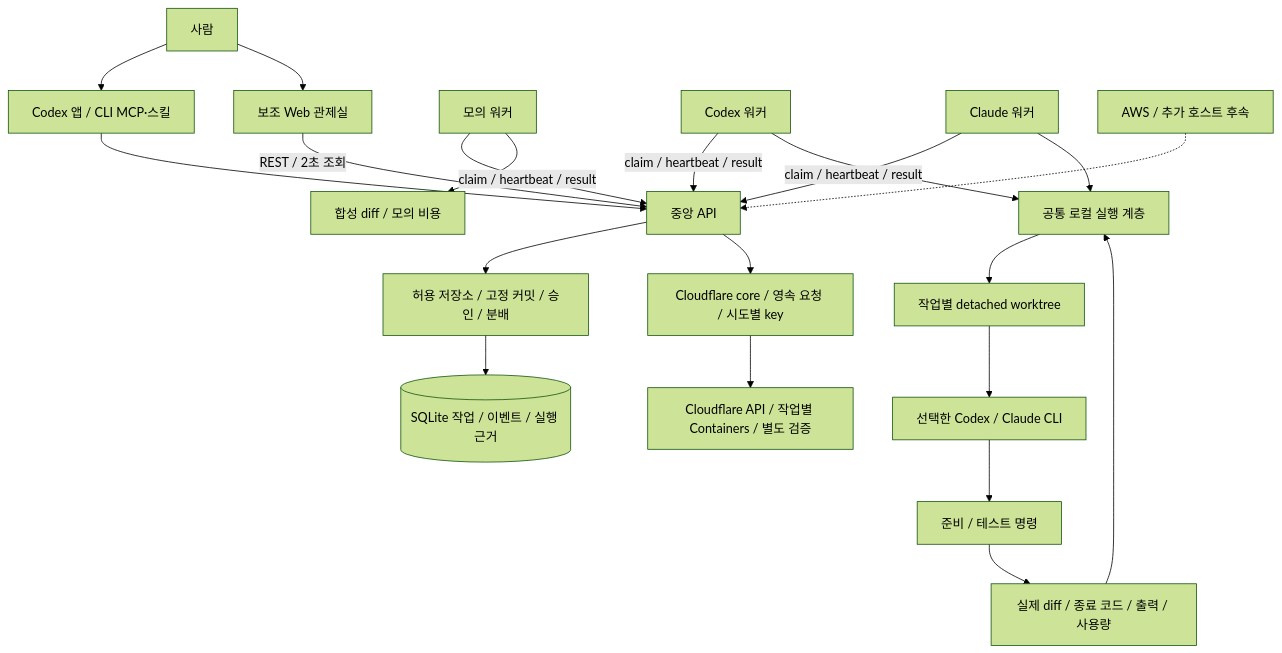
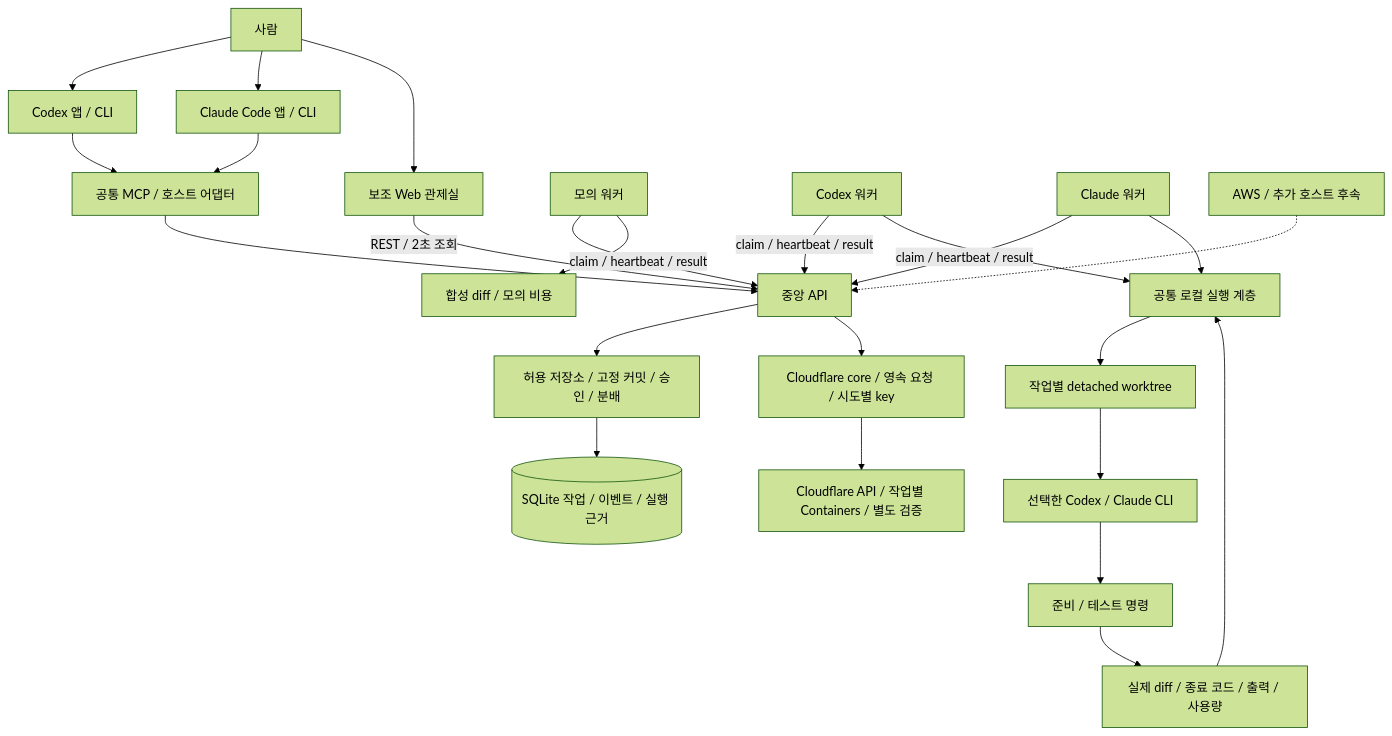
One commit to roboco-io/project-hivemind changed the first of 2 diagrams in docs/architecture.md. Above: the diagram before and after it, drawn with Mermaid (forest theme). The commit also changed other lines of this file and 5 other files, not shown here.

Commit message:
docs: define first-class Codex and Claude Code app and CLI support

````diff
--- a/docs/architecture.md
+++ b/docs/architecture.md
@@ -11,23 +13,26 @@
 ```mermaid
 flowchart TB
-    Human[사람] --> Codex[Codex 앱 / CLI MCP·스킬]
-    Codex --> API
+    Human[사람] --> Codex[Codex 앱 / CLI]
+    Human --> Claude[Claude Code 앱 / CLI]
+    Codex --> MCP[공통 MCP / 호스트 어댑터]
+    Claude --> MCP
+    MCP --> API
     Human --> Web[보조 Web 관제실]
     Web -->|REST / 2초 조회| API[중앙 API]
     API --> Policy[허용 저장소 / 고정 커밋 / 승인 / 분배]
     Policy --> DB[(SQLite 작업 / 이벤트 / 실행 근거)]
     MW[모의 워커] -->|claim / heartbeat / result| API
     CW[Codex 워커] -->|claim / heartbeat / result| API
     LW[Claude 워커] -->|claim / heartbeat / result| API
     MW --> Mock[합성 diff / 모의 비용]
     CW --> Run[공통 로컬 실행 계층]
     LW --> Run
     Run --> WT[작업별 detached worktree]
     WT --> Agent[선택한 Codex / Claude CLI]
     Agent --> Test[준비 / 테스트 명령]
     Test --> Evidence[실제 diff / 종료 코드 / 출력 / 사용량]
     Evidence --> Run
     API --> Remote[Cloudflare core / 영속 요청 / 시도별 key]
     Remote --> CF[Cloudflare API / 작업별 Containers / 별도 검증]
     Future[AWS / 추가 호스트 후속] -.-> API
 ```
````
